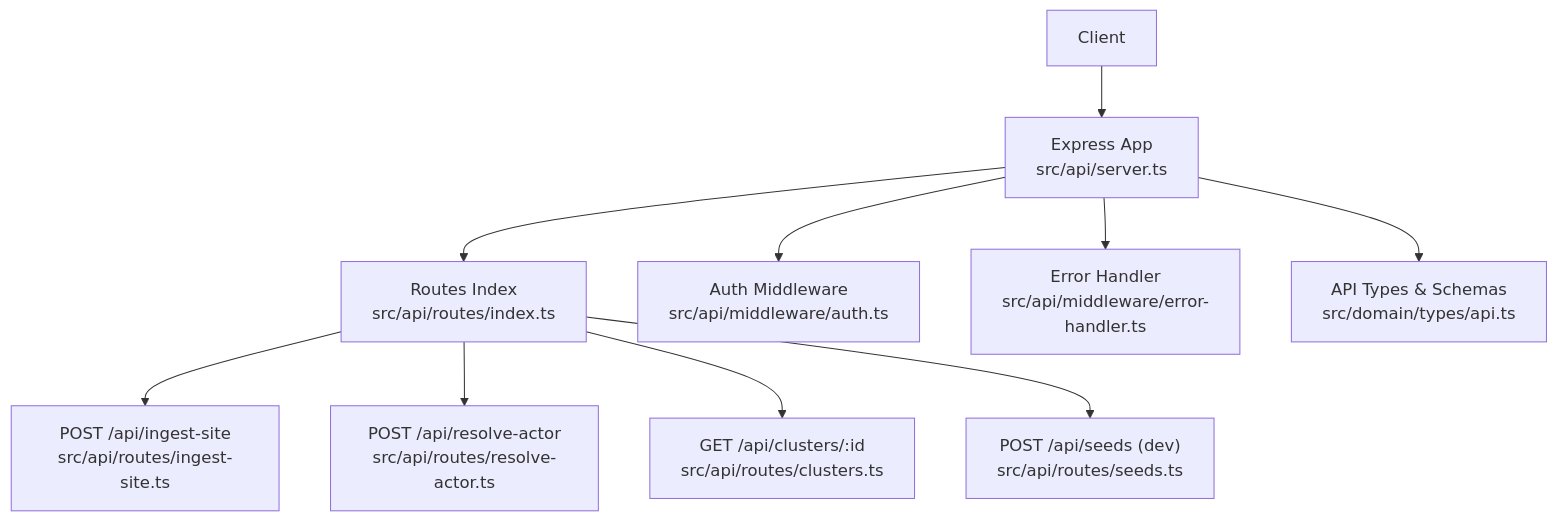
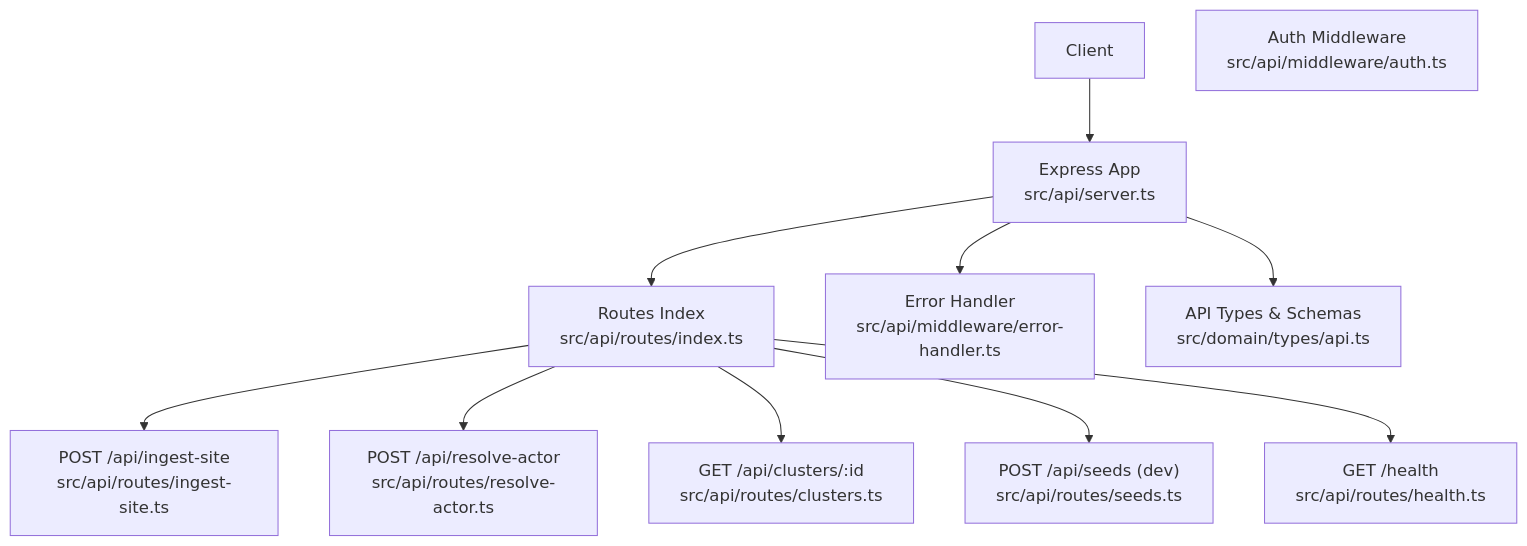
One commit to vishnusaibhosekar/ares changed the first of 3 diagrams in .qoder/repowiki/en/content/API Reference/API Reference.md. Above: the diagram before and after it, drawn with Mermaid. The commit also changed other lines of this file and 21 other files, not shown here.

````diff
--- a/.qoder/repowiki/en/content/API Reference/API Reference.md
+++ b/.qoder/repowiki/en/content/API Reference/API Reference.md
@@ -45,22 +54,23 @@
 ```mermaid
 graph TB
 Client["Client"]
 Express["Express App<br/>src/api/server.ts"]
 RoutesIndex["Routes Index<br/>src/api/routes/index.ts"]
 IngestRoute["POST /api/ingest-site<br/>src/api/routes/ingest-site.ts"]
 ResolveRoute["POST /api/resolve-actor<br/>src/api/routes/resolve-actor.ts"]
 ClustersRoute["GET /api/clusters/:id<br/>src/api/routes/clusters.ts"]
 SeedsRoute["POST /api/seeds (dev)<br/>src/api/routes/seeds.ts"]
+HealthRoute["GET /health<br/>src/api/routes/health.ts"]
 AuthMW["Auth Middleware<br/>src/api/middleware/auth.ts"]
 ErrorMW["Error Handler<br/>src/api/middleware/error-handler.ts"]
 Types["API Types & Schemas<br/>src/domain/types/api.ts"]
 Client --> Express
 Express --> RoutesIndex
 RoutesIndex --> IngestRoute
 RoutesIndex --> ResolveRoute
 RoutesIndex --> ClustersRoute
 RoutesIndex --> SeedsRoute
-Express --> AuthMW
+RoutesIndex --> HealthRoute
 Express --> ErrorMW
 Express --> Types
 ```
````
